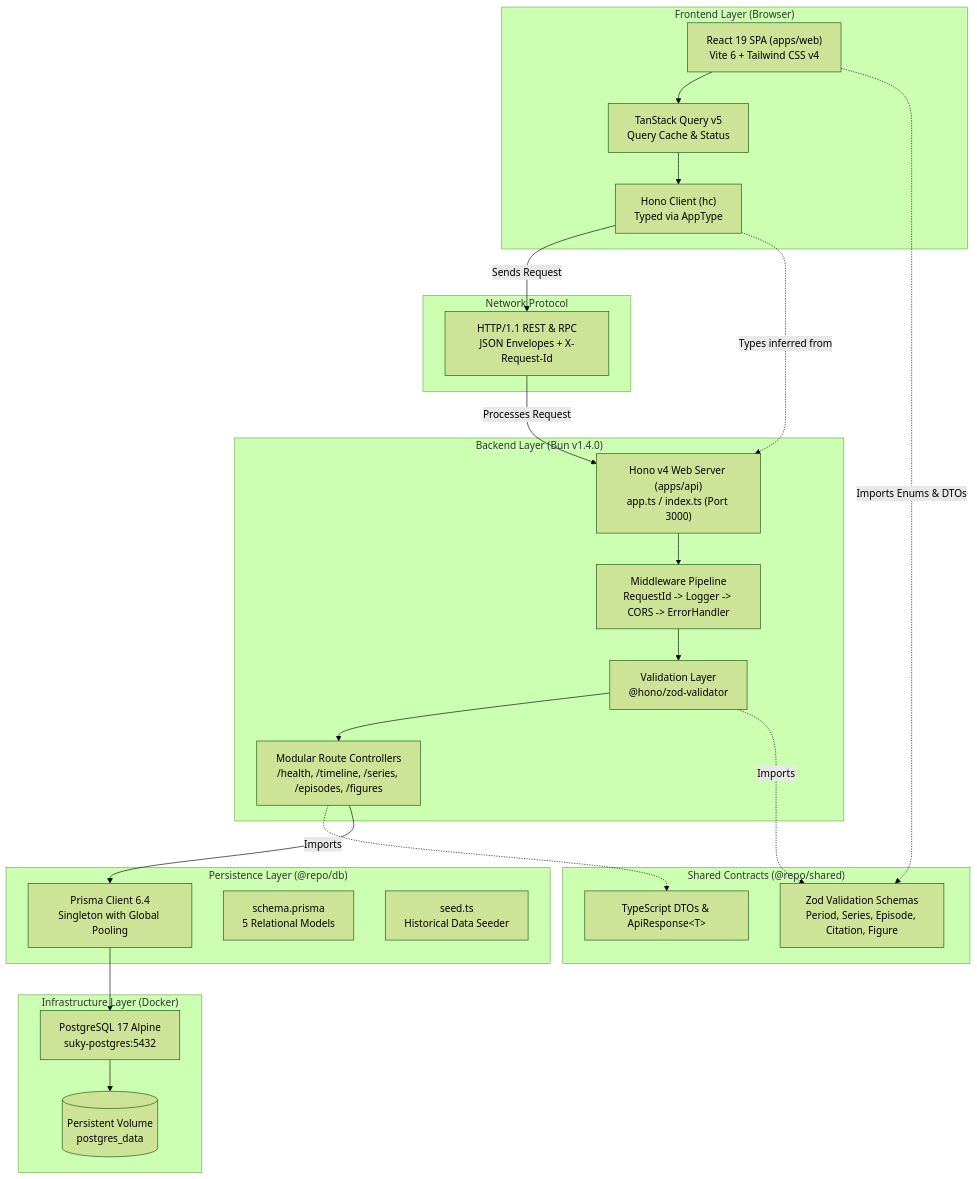
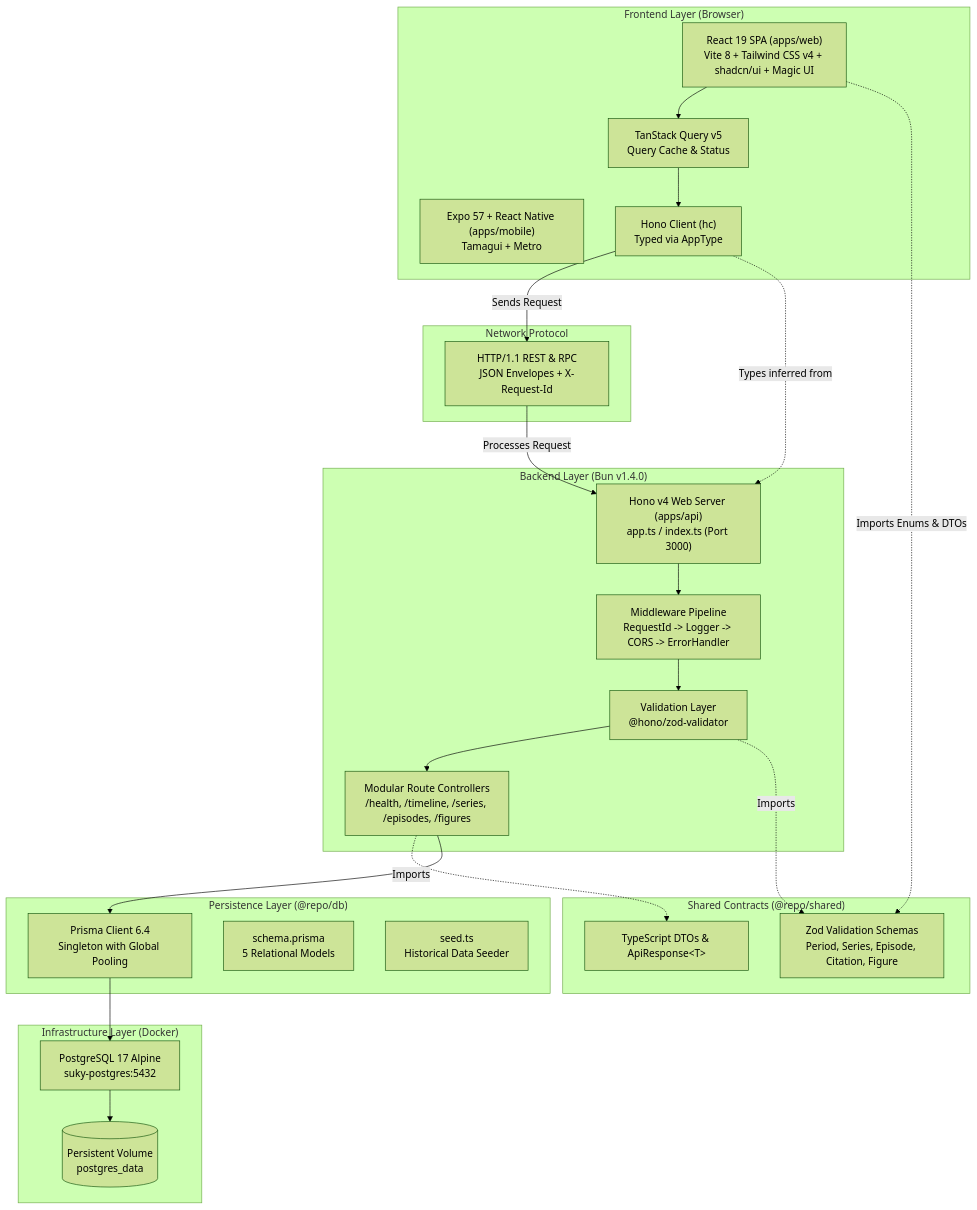
The first of 2 diagrams in docs/system-architecture.md (SU-KY-001/su-ky-project), drawn with Mermaid (forest theme) before and after one commit. The commit also changed other lines of this file and 148 other files, not shown here.

````diff
--- a/docs/system-architecture.md
+++ b/docs/system-architecture.md
@@ -28,55 +28,56 @@
 ```mermaid
 graph TD
     subgraph Client ["Frontend Layer (Browser)"]
-        UI["React 19 SPA (apps/web)<br/>Vite 6 + Tailwind CSS v4"]
+        UI["React 19 SPA (apps/web)<br/>Vite 8 + Tailwind CSS v4 + shadcn/ui + Magic UI"]
+        MOBILE["Expo 57 + React Native (apps/mobile)<br/>Tamagui + Metro"]
         TQ["TanStack Query v5<br/>Query Cache & Status"]
         RPC_CLIENT["Hono Client (hc)<br/>Typed via AppType"]
     end
 
     subgraph Transport ["Network Protocol"]
         HTTP["HTTP/1.1 REST & RPC<br/>JSON Envelopes + X-Request-Id"]
     end
 
     subgraph Server ["Backend Layer (Bun v1.4.0)"]
         HONO["Hono v4 Web Server (apps/api)<br/>app.ts / index.ts (Port 3000)"]
         MW["Middleware Pipeline<br/>RequestId -> Logger -> CORS -> ErrorHandler"]
         VAL["Validation Layer<br/>@hono/zod-validator"]
         ROUTES["Modular Route Controllers<br/>/health, /timeline, /series, /episodes, /figures"]
     end
 
     subgraph Shared ["Shared Contracts (@repo/shared)"]
         SCHEMAS["Zod Validation Schemas<br/>Period, Series, Episode, Citation, Figure"]
         DTOS["TypeScript DTOs & ApiResponse&lt;T&gt;"]
     end
 
     subgraph Data ["Persistence Layer (@repo/db)"]
         PRISMA["Prisma Client 6.4<br/>Singleton with Global Pooling"]
         SCHEMA_PRISMA["schema.prisma<br/>5 Relational Models"]
         SEED["seed.ts<br/>Historical Data Seeder"]
     end
 
     subgraph Infra ["Infrastructure Layer (Docker)"]
         PG["PostgreSQL 17 Alpine<br/>suky-postgres:5432"]
         VOL[("Persistent Volume<br/>postgres_data")]
     end
 
     %% Relationships
     UI --> TQ
     TQ --> RPC_CLIENT
     RPC_CLIENT -- "Sends Request" --> HTTP
     HTTP -- "Processes Request" --> HONO
 
     HONO --> MW
     MW --> VAL
     VAL --> ROUTES
 
     VAL -. "Imports" .-> SCHEMAS
     ROUTES -. "Imports" .-> DTOS
     ROUTES --> PRISMA
 
     PRISMA --> PG
     PG --> VOL
 
     RPC_CLIENT -. "Types inferred from" .-> HONO
     UI -. "Imports Enums & DTOs" .-> SCHEMAS
 ```
````
